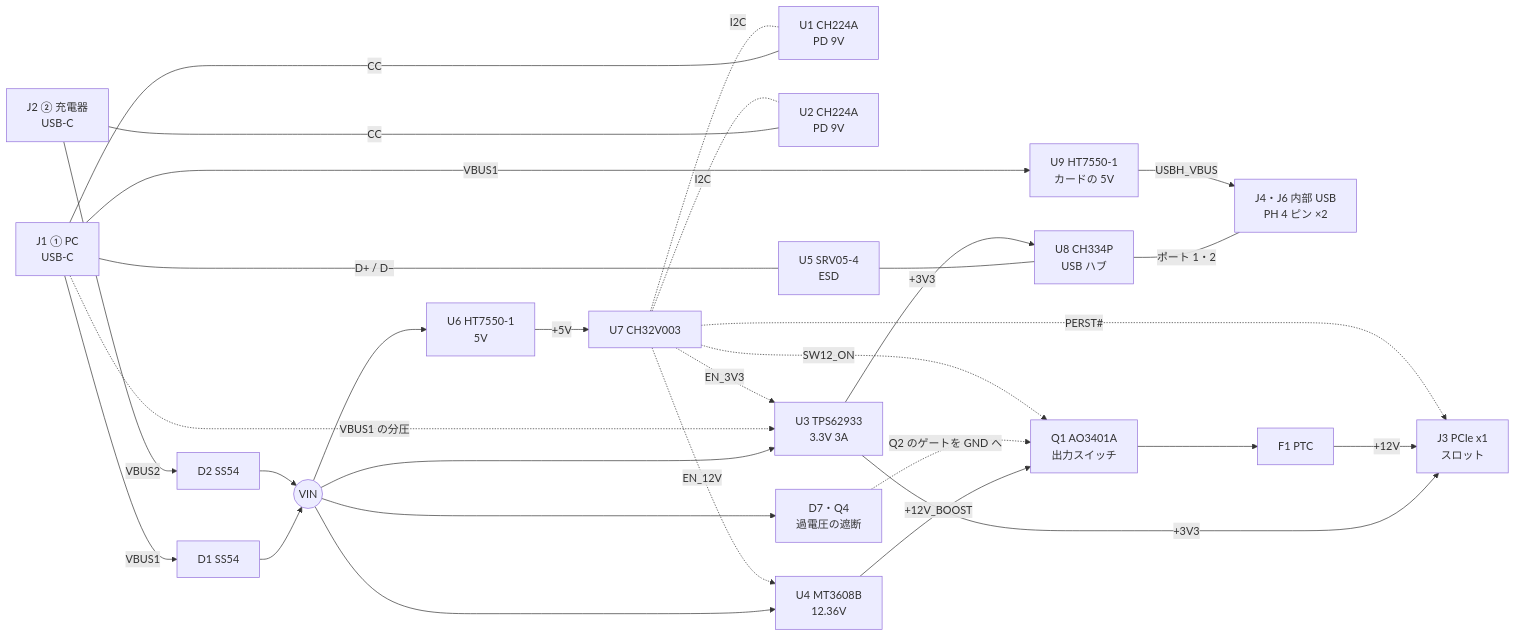
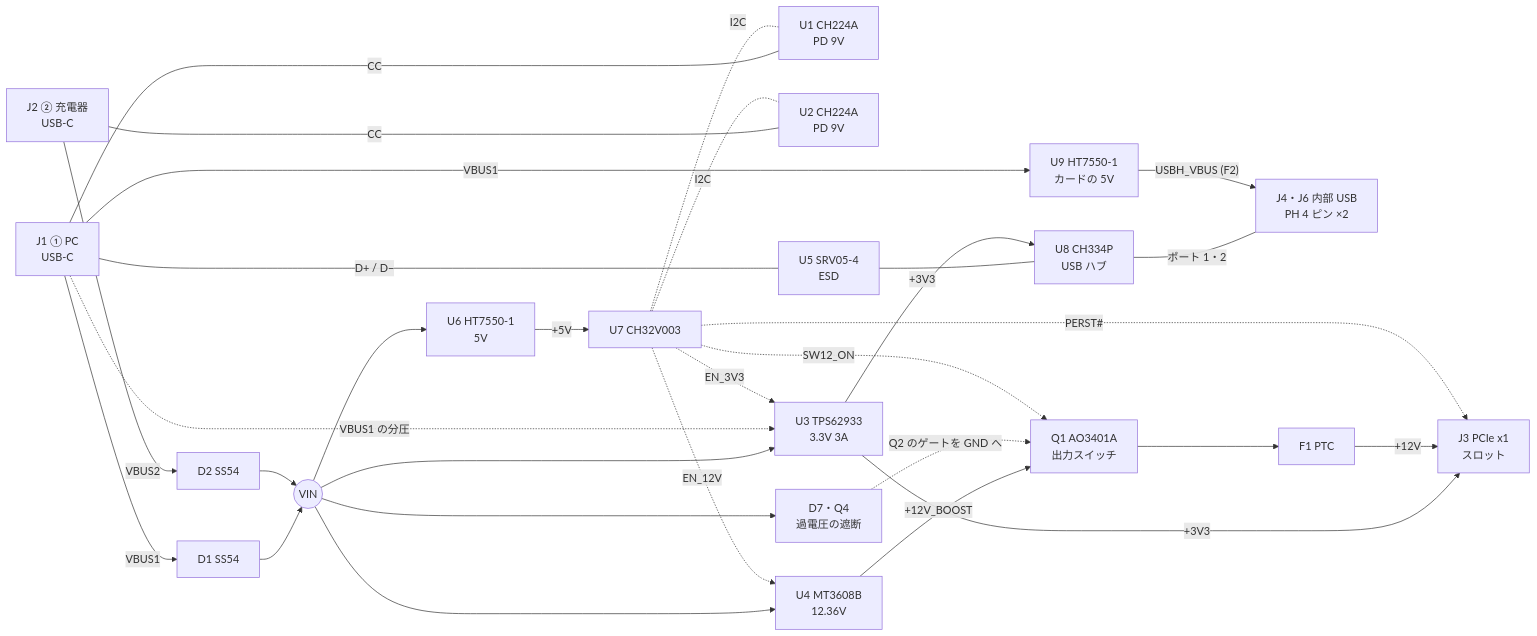
One commit to danything/outboard changed the diagram in docs/design.md. Above: the diagram before and after it, drawn with Mermaid. The commit also changed other lines of this file and 36 other files, not shown here.

````diff
--- a/docs/design.md
+++ b/docs/design.md
@@ -8,41 +8,41 @@
 ```mermaid
 flowchart LR
   J1["J1 ① PC<br>USB-C"]
   J2["J2 ② 充電器<br>USB-C"]
   U1["U1 CH224A<br>PD 9V"]
   U2["U2 CH224A<br>PD 9V"]
   U5["U5 SRV05-4<br>ESD"]
   U8["U8 CH334P<br>USB ハブ"]
   J4["J4・J6 内部 USB<br>PH 4 ピン ×2"]
   U9["U9 HT7550-1<br>カードの 5V"]
   D1["D1 SS54"]
   D2["D2 SS54"]
   VIN(("VIN"))
   U3["U3 TPS62933<br>3.3V 3A"]
   U4["U4 MT3608B<br>12.36V"]
   Q1["Q1 AO3401A<br>出力スイッチ"]
   F1["F1 PTC"]
   U6["U6 HT7550-1<br>5V"]
   U7["U7 CH32V003"]
   OVP["D7・Q4<br>過電圧の遮断"]
   J3["J3 PCIe x1<br>スロット"]
 
   J1 -- VBUS1 --> D1 --> VIN
   J2 -- VBUS2 --> D2 --> VIN
   J1 -- CC --- U1
   J2 -- CC --- U2
   J1 -- "D+ / D−" --- U5 --- U8 -- "ポート 1・2" --- J4
   VIN --> U3 -- "+3V3" --> J3
   VIN --> U4 -- "+12V_BOOST" --> Q1 --> F1 -- "+12V" --> J3
   VIN --> U6 -- "+5V" --> U7
-  J1 -- VBUS1 --> U9 -- "USBH_VBUS" --> J4
+  J1 -- VBUS1 --> U9 -- "USBH_VBUS (F2)" --> J4
   U3 -- "+3V3" --> U8
   VIN --> OVP -. "Q2 のゲートを GND へ" .-> Q1
   J1 -. "VBUS1 の分圧" .-> U3
   U7 -. "EN_3V3" .-> U3
   U7 -. "EN_12V" .-> U4
   U7 -. "SW12_ON" .-> Q1
   U7 -. "PERST#" .-> J3
   U7 -. "I2C" .- U1
   U7 -. "I2C" .- U2
 ```
````
